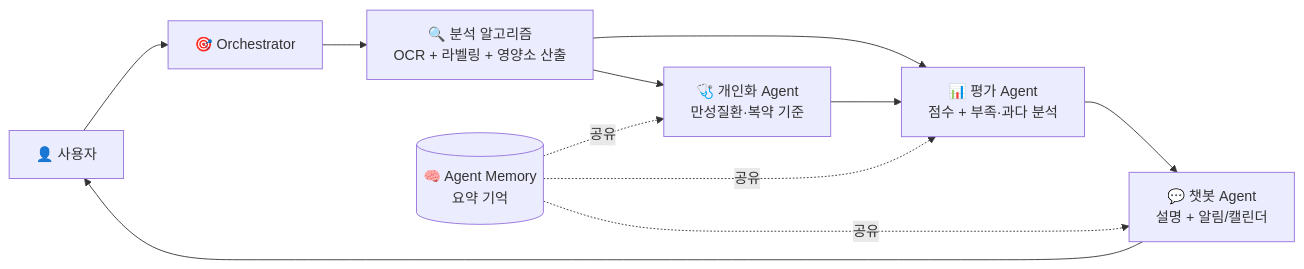
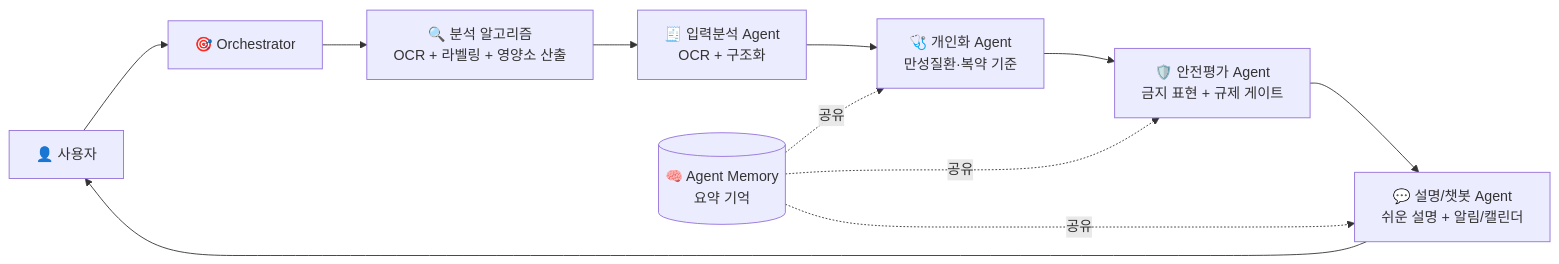
One commit to Lemon-Aid-KDT/Lemon-sin changed the first of 12 diagrams in 03_lemon_healthcare/yeong-Vision-Nutrition/PROJECT_GUIDE.md. Above: the diagram before and after it, drawn with Mermaid. The commit also changed other lines of this file and 9 other files, not shown here.

````diff
--- a/03_lemon_healthcare/yeong-Vision-Nutrition/PROJECT_GUIDE.md
+++ b/03_lemon_healthcare/yeong-Vision-Nutrition/PROJECT_GUIDE.md
@@ -181,13 +181,13 @@
 ```mermaid
 flowchart LR
     U[👤 사용자] --> O[🎯 Orchestrator]
     O --> P[🔍 분석 알고리즘<br/>OCR + 라벨링 + 영양소 산출]
-    P --> A1[🩺 개인화 Agent<br/>만성질환·복약 기준]
-    P --> A2[📊 평가 Agent<br/>점수 + 부족·과다 분석]
-    A1 --> A2
-    A2 --> A3[💬 챗봇 Agent<br/>설명 + 알림/캘린더]
-    A3 --> U
-    M[(🧠 Agent Memory<br/>요약 기억)] -.공유.-> A1
-    M -.공유.-> A2
+    P --> A1[🧾 입력분석 Agent<br/>OCR + 구조화]
+    A1 --> A2[🩺 개인화 Agent<br/>만성질환·복약 기준]
+    A2 --> A3[🛡️ 안전평가 Agent<br/>금지 표현 + 규제 게이트]
+    A3 --> A4[💬 설명/챗봇 Agent<br/>쉬운 설명 + 알림/캘린더]
+    A4 --> U
+    M[(🧠 Agent Memory<br/>요약 기억)] -.공유.-> A2
     M -.공유.-> A3
+    M -.공유.-> A4
 ```
````
